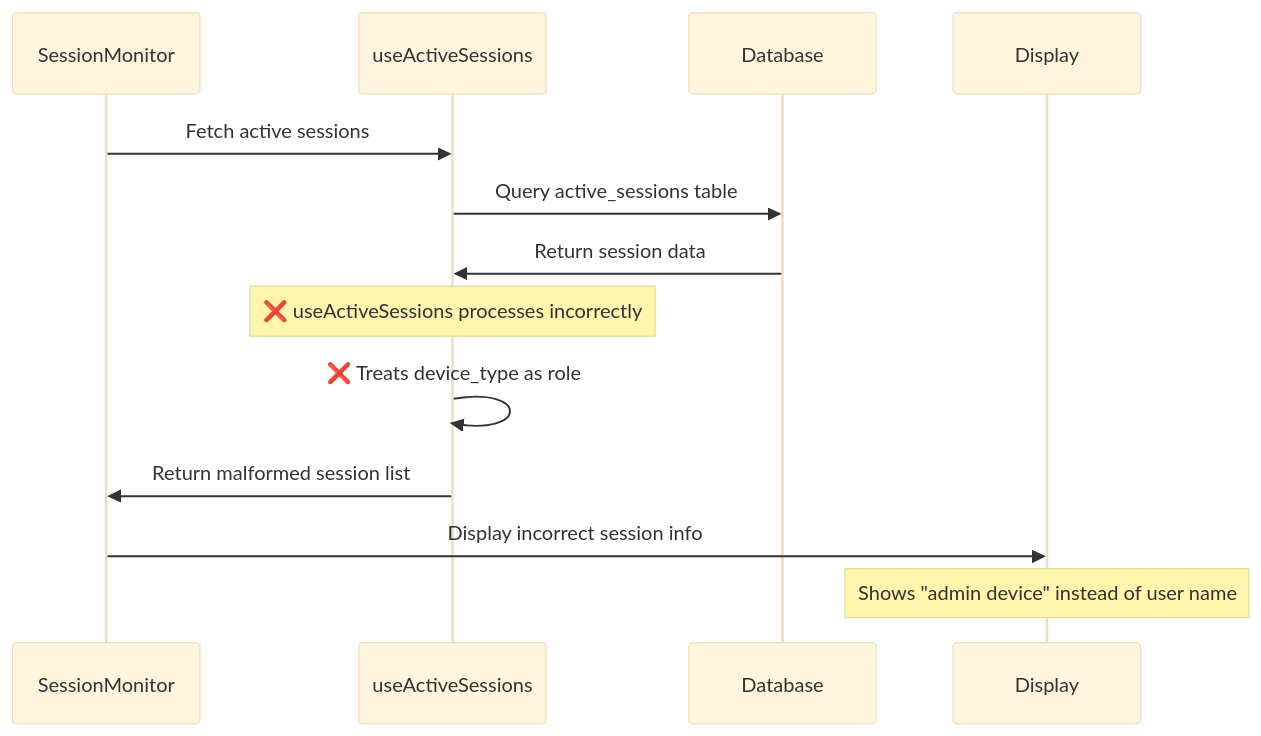
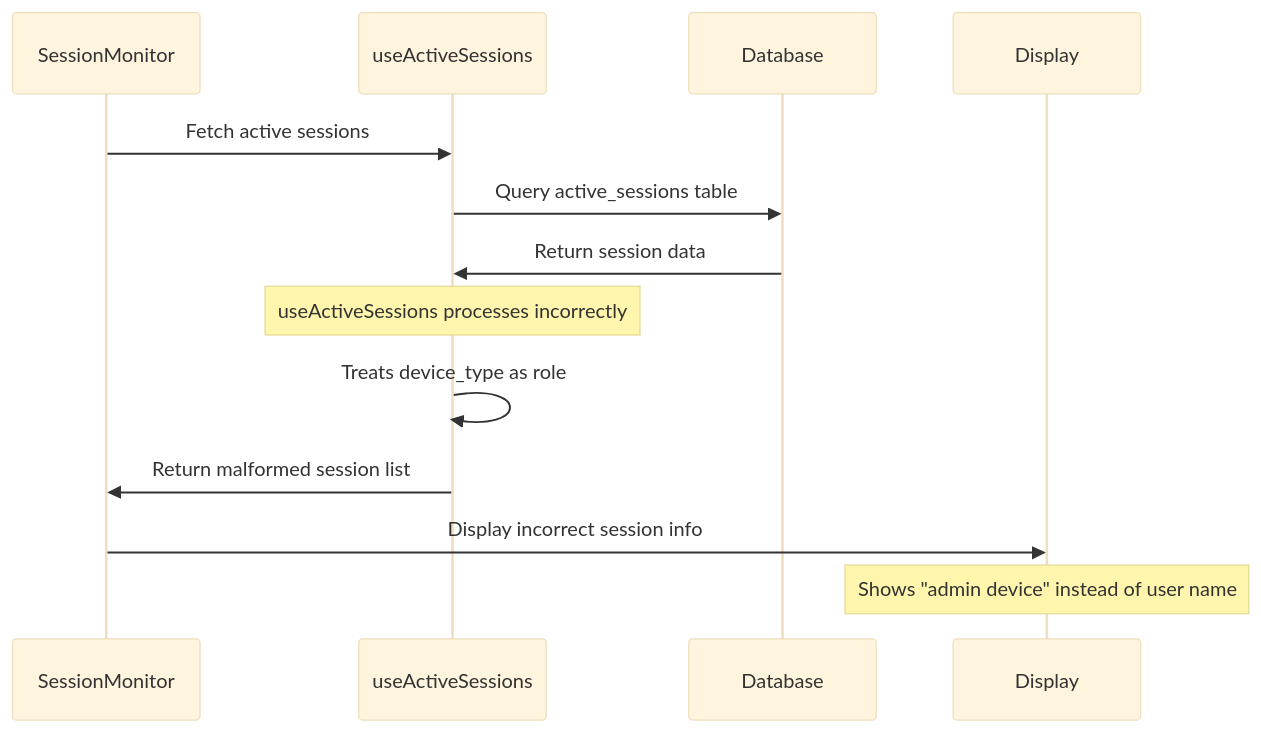
The fifth of 7 diagrams in Docs/Flowcharts/Current-State/04-current-session-management.md (Splurfa/bx-os), drawn with Mermaid (base theme) before and after one commit. The commit also changed other lines of this file and 12 other files, not shown here.

First line of the commit message:
Fix flowchart syntax and numbering

````diff
--- a/Docs/Flowcharts/Current-State/04-current-session-management.md
+++ b/Docs/Flowcharts/Current-State/04-current-session-management.md
@@ -105,16 +105,16 @@
 ```mermaid
 sequenceDiagram
     participant SM as SessionMonitor
     participant AS as useActiveSessions
     participant DB as Database
     participant UI as Display
 
     SM->>AS: Fetch active sessions
     AS->>DB: Query active_sessions table
     DB->>AS: Return session data
-    Note over AS: ❌ useActiveSessions processes incorrectly
-    AS->>AS: ❌ Treats device_type as role
+    Note over AS: useActiveSessions processes incorrectly
+    AS->>AS: Treats device_type as role
     AS->>SM: Return malformed session list
     SM->>UI: Display incorrect session info
     Note over UI: Shows "admin device" instead of user name
 ```
````
